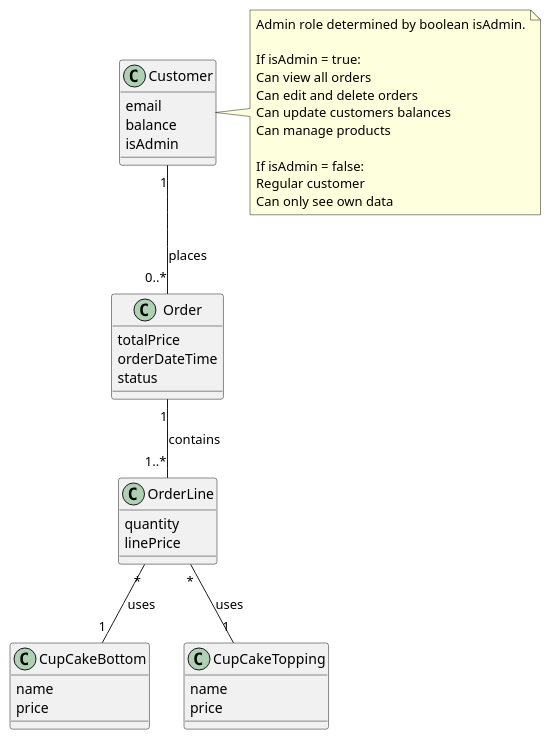
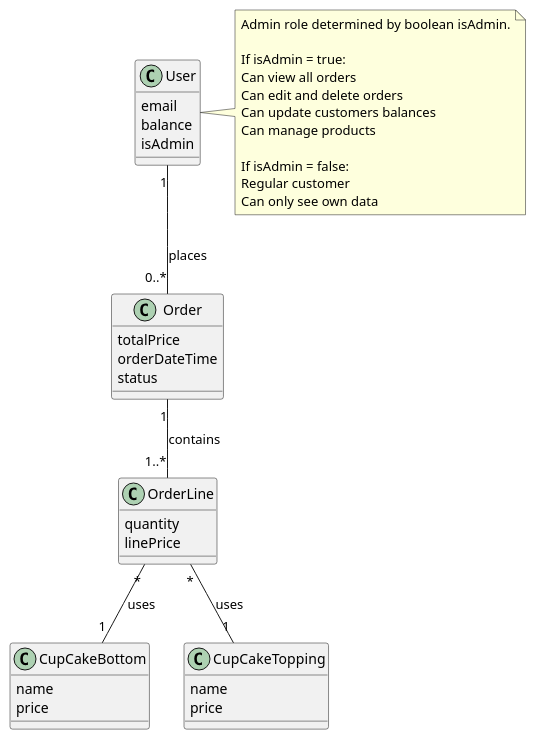
One commit to Mortenjenne/CupCake changed the diagram in docs/domain/domain model.puml. Above: the diagram before and after it, drawn with PlantUML. The commit also changed 1 other file, not shown here.

Commit message:
updated domain and class diagram

```diff
--- a/docs/domain/domain model.puml
+++ b/docs/domain/domain model.puml
@@ -1,55 +1,55 @@
 @startuml
 'https://plantuml.com/class-diagram
 
-class Customer
+class User
 {
 email
 balance
 isAdmin
 }
 
-note right of Customer
+note right of User
   Admin role determined by boolean isAdmin.
 
   If isAdmin = true:
   Can view all orders
   Can edit and delete orders
   Can update customers balances
   Can manage products
 
   If isAdmin = false:
   Regular customer
   Can only see own data
 end note
 
 class Order
 {
 totalPrice
 orderDateTime
 status
 }
 
 class OrderLine
 {
 quantity
 linePrice
 }
 
 class CupCakeBottom
 {
 name
 price
 }
 
 class CupCakeTopping
 {
 name
 price
 }
 
-Customer "1" -- "0..*" Order : places
+User "1" -- "0..*" Order : places
 Order "1" -- "1..*" OrderLine : contains
 OrderLine "*" -- "1" CupCakeBottom : uses
 OrderLine "*" -- "1" CupCakeTopping : uses
 
 @enduml
```
